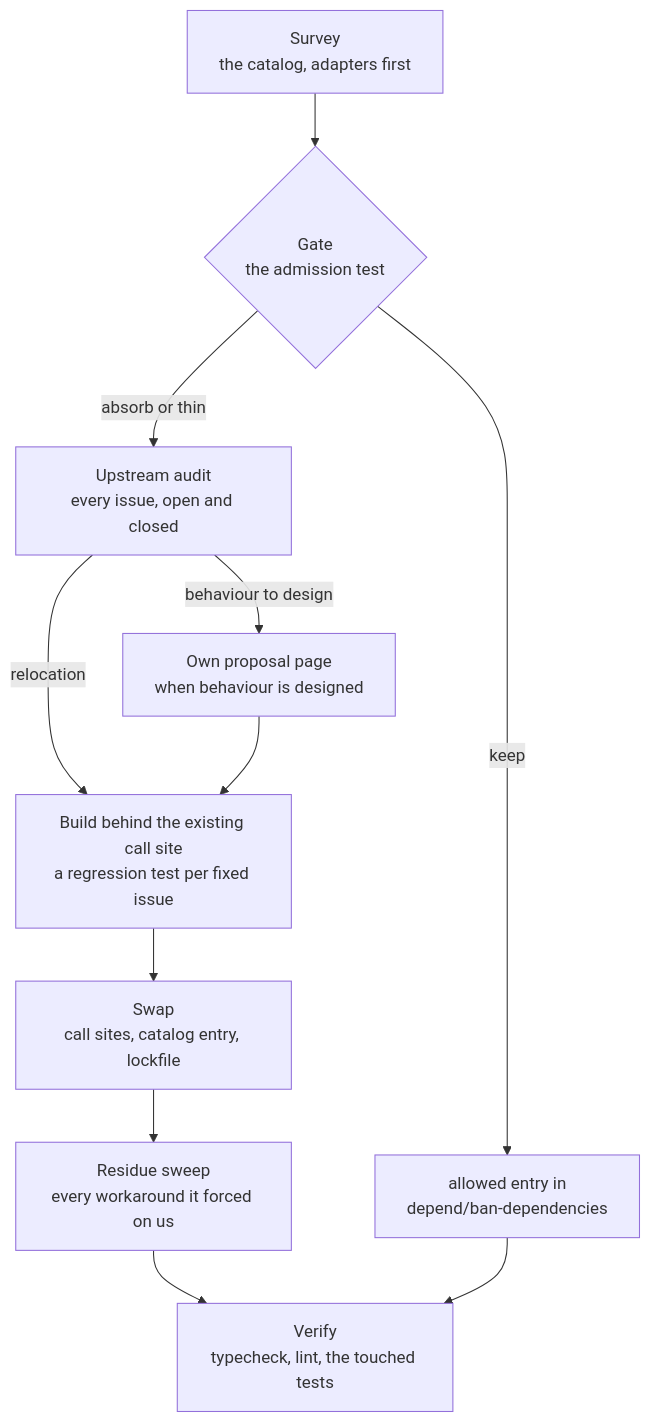
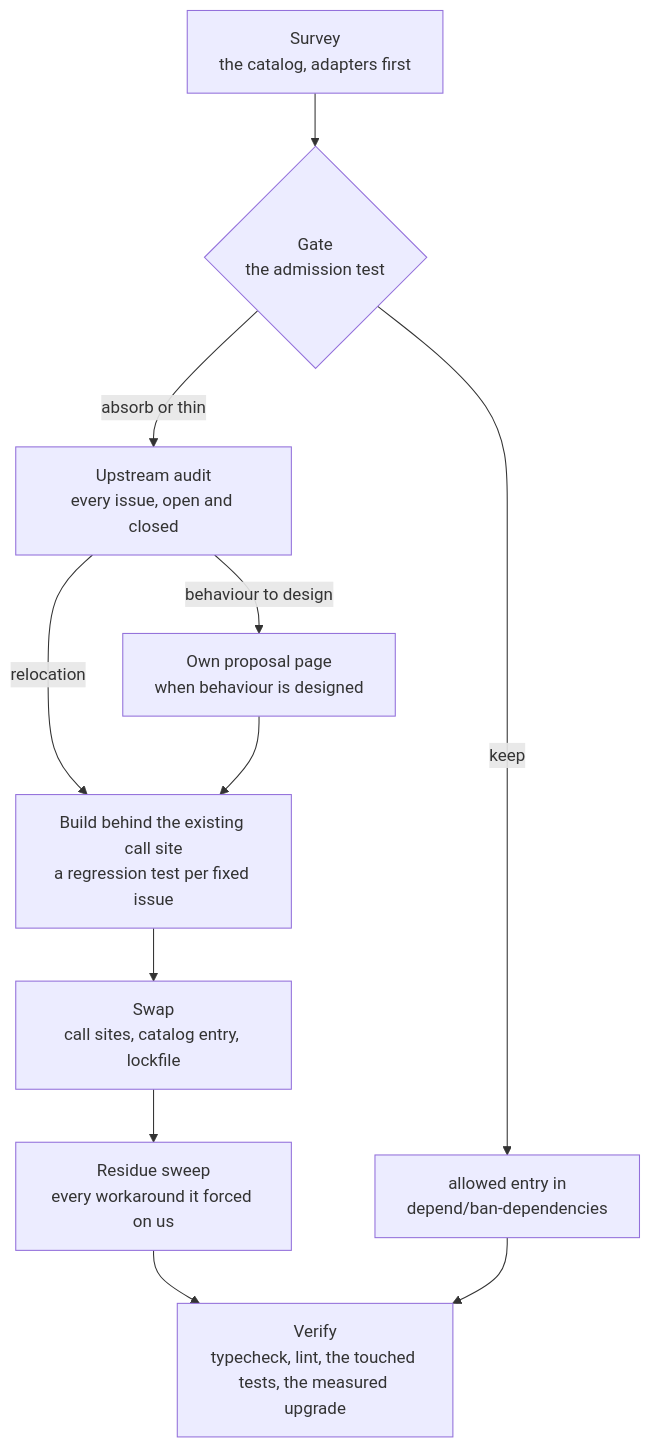
One commit to Esposter/Esposter changed the second of 3 diagrams in openspec/specs/architecture/dependency-admission/design.md. Above: the diagram before and after it, drawn with Mermaid. The commit also changed other lines of this file and 6 other files, not shown here.

First line of the commit message:
docs(openspec): an absorption is an upgrade that is measured, not a match of the package it replaces

````diff
--- a/openspec/specs/architecture/dependency-admission/design.md
+++ b/openspec/specs/architecture/dependency-admission/design.md
@@ -127,22 +127,22 @@
 ```mermaid
 flowchart TD
   survey["Survey<br/>the catalog, adapters first"]
   gate{"Gate<br/>the admission test"}
   enforcer["allowed entry in<br/>depend/ban-dependencies"]
   audit["Upstream audit<br/>every issue, open and closed"]
   spec["Own proposal page<br/>when behaviour is designed"]
   build["Build behind the existing call site<br/>a regression test per fixed issue"]
   swap["Swap<br/>call sites, catalog entry, lockfile"]
   residue["Residue sweep<br/>every workaround it forced on us"]
-  verify["Verify<br/>typecheck, lint, the touched tests"]
+  verify["Verify<br/>typecheck, lint, the touched tests, the measured upgrade"]
   survey --> gate
   gate -->|keep| enforcer
   gate -->|absorb or thin| audit
   audit -->|behaviour to design| spec
   audit -->|relocation| build
   spec --> build
   build --> swap
   swap --> residue
   residue --> verify
   enforcer --> verify
 ```
````
